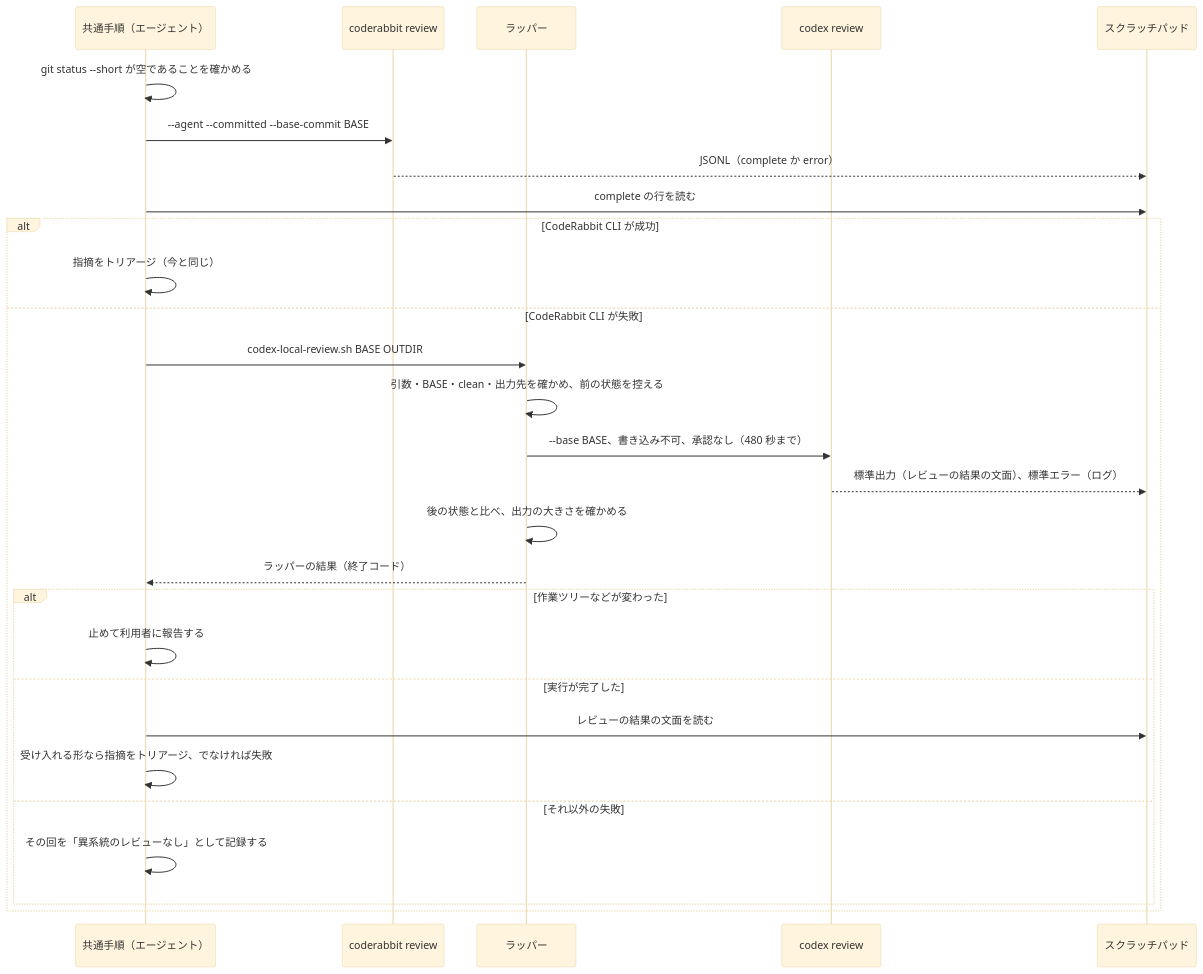
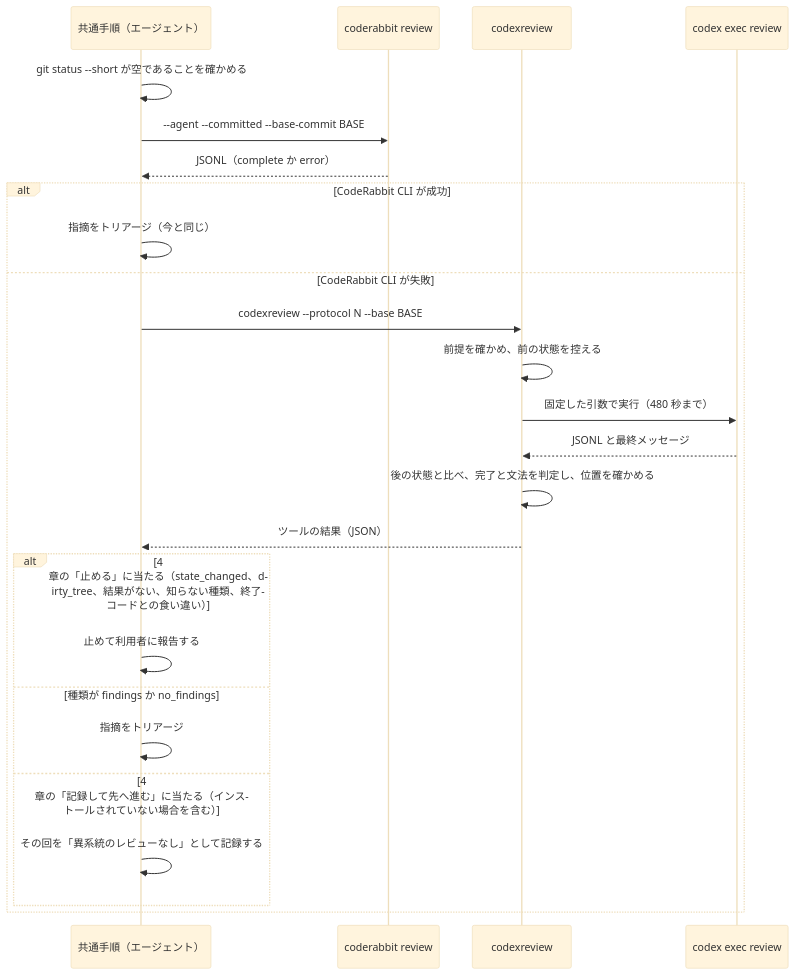
Before and after one commit to isseis/yt2column: the third of 5 diagrams in docs/tasks/0049_codex_local_review/02_architecture.md, drawn with Mermaid (base theme). The commit also changed other lines of this file and 2 other files, not shown here.

````diff
--- a/docs/tasks/0049_codex_local_review/02_architecture.md
+++ b/docs/tasks/0049_codex_local_review/02_architecture.md
@@ -211,31 +227,28 @@
 ```mermaid
 sequenceDiagram
     participant P as 共通手順（エージェント）
     participant CR as coderabbit review
-    participant W as ラッパー
-    participant CX as codex review
-    participant S as スクラッチパッド
+    participant T as codexreview
+    participant CX as codex exec review
 
     P->>P: git status --short が空であることを確かめる
     P->>CR: --agent --committed --base-commit BASE
-    CR-->>S: JSONL（complete か error）
-    P->>S: complete の行を読む
+    CR-->>P: JSONL（complete か error）
     alt CodeRabbit CLI が成功
         P->>P: 指摘をトリアージ（今と同じ）
     else CodeRabbit CLI が失敗
-        P->>W: codex-local-review.sh BASE OUTDIR
-        W->>W: 引数・BASE・clean・出力先を確かめ、前の状態を控える
-        W->>CX: --base BASE、書き込み不可、承認なし（480 秒まで）
-        CX-->>S: 標準出力（レビューの結果の文面）、標準エラー（ログ）
-        W->>W: 後の状態と比べ、出力の大きさを確かめる
-        W-->>P: ラッパーの結果（終了コード）
-        alt 作業ツリーなどが変わった
+        P->>T: codexreview --protocol N --base BASE
+        T->>T: 前提を確かめ、前の状態を控える
+        T->>CX: 固定した引数で実行（480 秒まで）
+        CX-->>T: JSONL と最終メッセージ
+        T->>T: 後の状態と比べ、完了と文法を判定し、位置を確かめる
+        T-->>P: ツールの結果（JSON）
+        alt 4 章の「止める」に当たる（state_changed、dirty_tree、結果がない、知らない種類、終了コードとの食い違い）
             P->>P: 止めて利用者に報告する
-        else 実行が完了した
-            P->>S: レビューの結果の文面を読む
-            P->>P: 受け入れる形なら指摘をトリアージ、でなければ失敗
-        else それ以外の失敗
+        else 種類が findings か no_findings
+            P->>P: 指摘をトリアージ
+        else 4 章の「記録して先へ進む」に当たる（インストールされていない場合を含む）
             P->>P: その回を「異系統のレビューなし」として記録する
         end
     end
 ```
````
